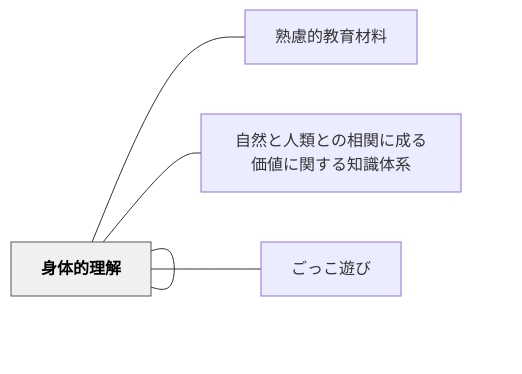
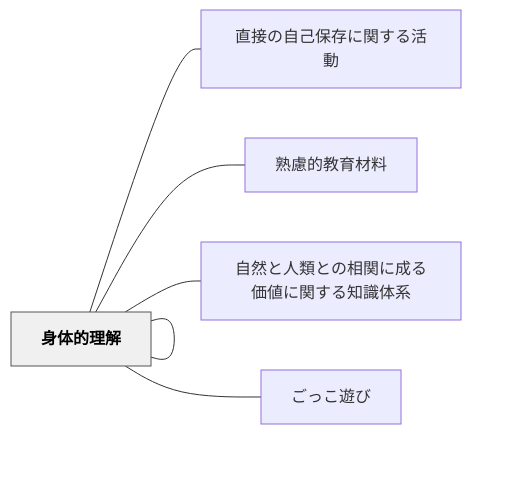
Before and after one commit to unknownthings-ed-patterns/unknownthings-ed-patterns: the diagram in content/パタン/身体動作を以ってする直接的表現法.md, drawn with Mermaid. The commit also changed other lines of this file and 473 other files, not shown here.

````diff
--- a/content/パタン/身体動作を以ってする直接的表現法.md
+++ b/content/パタン/身体動作を以ってする直接的表現法.md
@@ -45,16 +46,18 @@
 ```mermaid
 flowchart LR
     ne8baabe4bd93["身体動作を以ってする直接的表現法"]
+    ne79bb4e68ea5["直接の自己保存に関する活動"]
     ne7869fe685ae["熟慮的教育材料"]
     ne887aae784b6["自然と人類との相関に成る価値に関する知識体系"]
     ne8baabe4bd93["身体的理解"]
     ne38194e381a3["ごっこ遊び"]
 
+    ne8baabe4bd93 --- ne79bb4e68ea5
     ne8baabe4bd93 --- ne7869fe685ae
     ne8baabe4bd93 --- ne887aae784b6
     ne8baabe4bd93 --- ne8baabe4bd93
     ne8baabe4bd93 --- ne38194e381a3
 
     classDef hub fill:#f0f0f0,stroke:#555,color:#000,font-weight:bold
     class ne8baabe4bd93 hub
 ```
````
